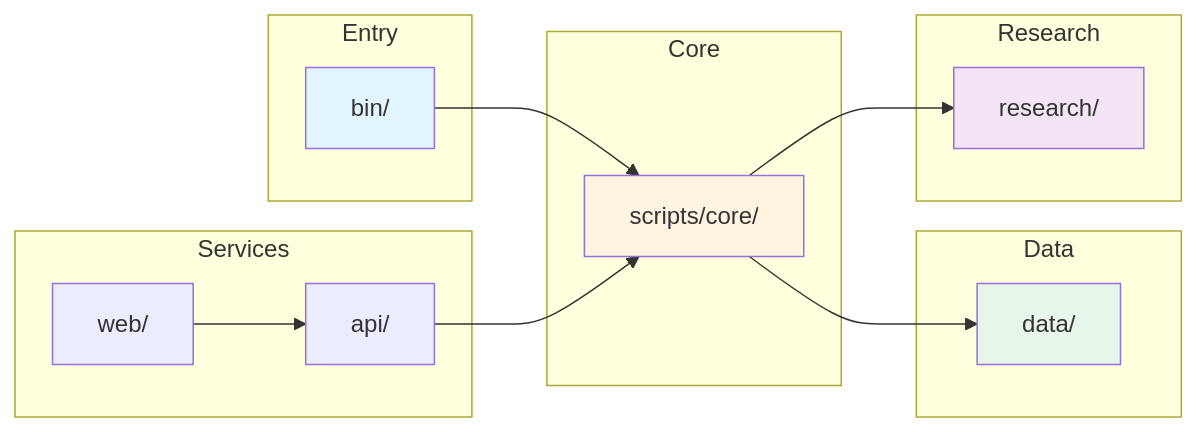
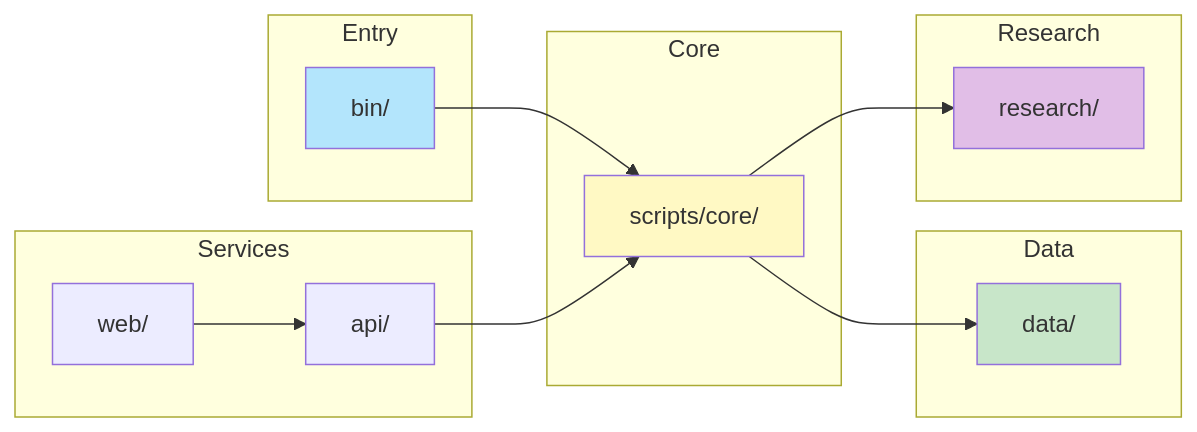
One commit to 1digitaldesign/kettler-data-analysis changed the diagram in README.md. Above: the diagram before and after it, drawn with Mermaid. The commit also changed 16 other files, not shown here.

First line of the commit message:
Refactor all diagrams with pastel color scheme and add new diagrams

````diff
--- a/README.md
+++ b/README.md
@@ -32,34 +32,34 @@
 ```mermaid
 graph LR
     subgraph "Entry"
         A[bin/]
     end
 
     subgraph "Core"
         B[scripts/core/]
     end
 
     subgraph "Data"
         C[data/]
     end
 
     subgraph "Research"
         D[research/]
     end
 
     subgraph "Services"
         E[api/]
         F[web/]
     end
 
     A --> B
     B --> C
     B --> D
     E --> B
     F --> E
 
-    style A fill:#e1f5ff
-    style B fill:#fff4e1
-    style C fill:#e8f5e9
-    style D fill:#f3e5f5
+    style A fill:#B3E5FC
+    style B fill:#FFF9C4
+    style C fill:#C8E6C9
+    style D fill:#E1BEE7
 ```
````
